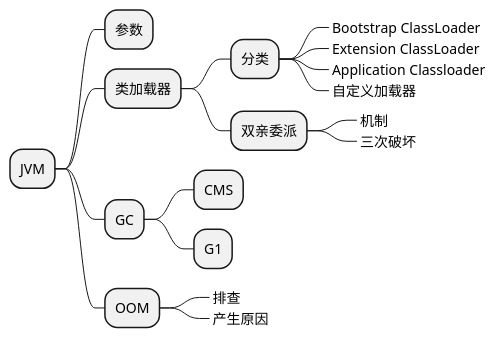
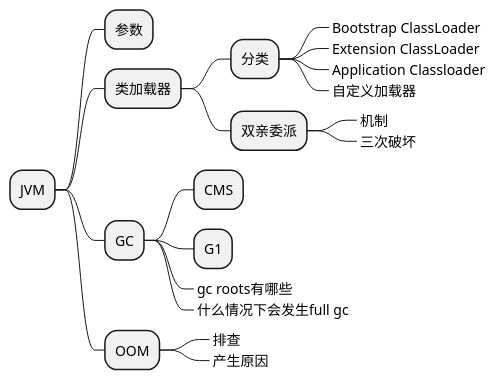
The second of 7 diagrams in _posts/2021-05-27-查漏补缺.md (Gh0st99/Gh0st99.github.io), drawn with PlantUML before and after one commit. The commit also changed other lines of this file, not shown here.

````diff
--- a/_posts/2021-05-27-查漏补缺.md
+++ b/_posts/2021-05-27-查漏补缺.md
@@ -39,25 +77,27 @@
 ```plantuml
 @startmindmap
 * JVM
 
 ** 参数
 
 ** 类加载器
 *** 分类
 ****_ Bootstrap ClassLoader
 ****_  Extension ClassLoader
 ****_ Application Classloader
 ****_ 自定义加载器
 *** 双亲委派
 ****_ 机制
 ****_ 三次破坏
 
 ** GC
 *** CMS
 *** G1
+***_ gc roots有哪些
+***_ 什么情况下会发生full gc
 
 ** OOM
 ***_ 排查
 ***_ 产生原因
 @endmindmap
 ```
````
